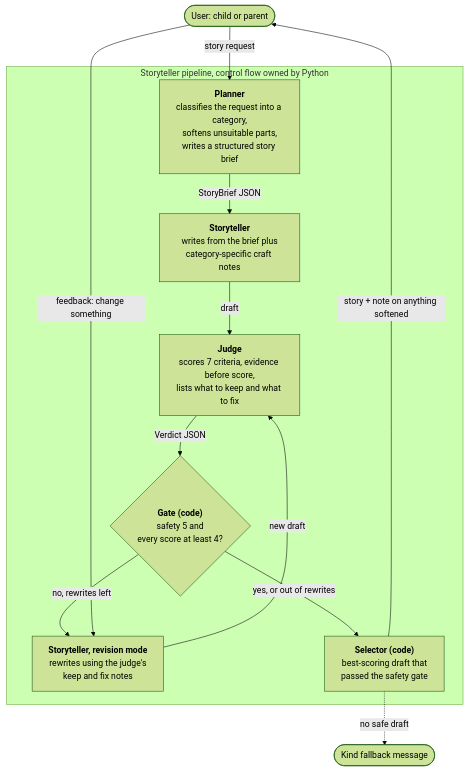
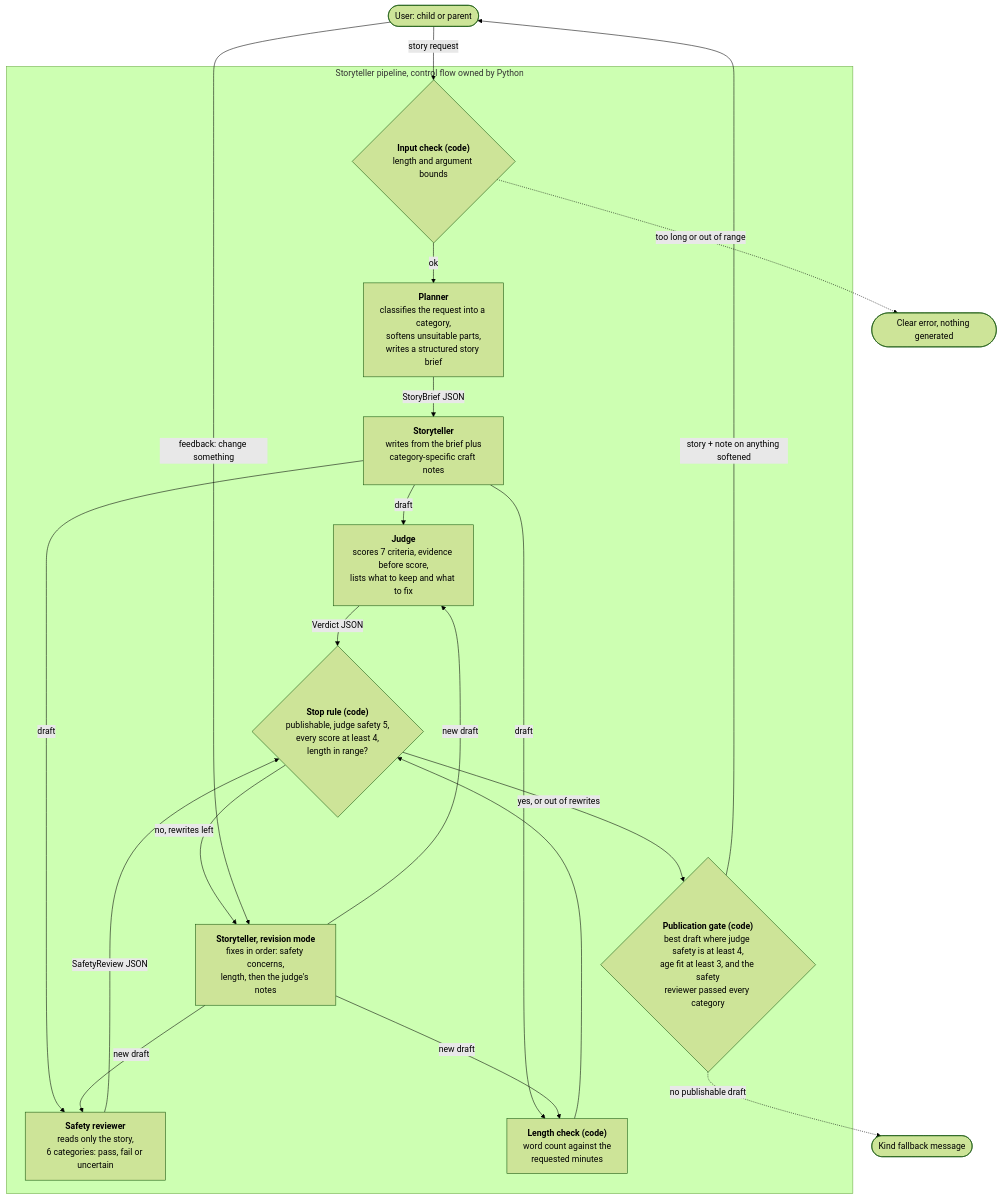
One commit to udsy19/hippocraticai-take-home changed the diagram in README.md. Above: the diagram before and after it, drawn with Mermaid (forest theme). The commit also changed other lines of this file and 14 other files, not shown here.

First line of the commit message:
Add safety reviewer, code-level checks, transactional feedback and evals

````diff
--- a/README.md
+++ b/README.md
@@ -58,24 +59,31 @@
 ```mermaid
 flowchart TD
-    U([User: child or parent]) -->|story request| P
+    U([User: child or parent]) -->|story request| V
 
     subgraph Pipeline [Storyteller pipeline, control flow owned by Python]
+        V{"<b>Input check (code)</b><br/>length and argument bounds"}
         P["<b>Planner</b><br/>classifies the request into a category,<br/>softens unsuitable parts,<br/>writes a structured story brief"]
         W["<b>Storyteller</b><br/>writes from the brief plus<br/>category-specific craft notes"]
         J["<b>Judge</b><br/>scores 7 criteria, evidence before score,<br/>lists what to keep and what to fix"]
-        G{"<b>Gate (code)</b><br/>safety 5 and<br/>every score at least 4?"}
-        R["<b>Storyteller, revision mode</b><br/>rewrites using the judge's<br/>keep and fix notes"]
-        B["<b>Selector (code)</b><br/>best-scoring draft that<br/>passed the safety gate"]
+        S["<b>Safety reviewer</b><br/>reads only the story,<br/>6 categories: pass, fail or uncertain"]
+        L["<b>Length check (code)</b><br/>word count against the<br/>requested minutes"]
+        G{"<b>Stop rule (code)</b><br/>publishable, judge safety 5,<br/>every score at least 4,<br/>length in range?"}
+        R["<b>Storyteller, revision mode</b><br/>fixes in order: safety concerns,<br/>length, then the judge's notes"]
+        B{"<b>Publication gate (code)</b><br/>best draft where judge safety is at least 4,<br/>age fit at least 3, and the safety<br/>reviewer passed every category"}
 
+        V -->|ok| P
         P -->|StoryBrief JSON| W
-        W -->|draft| J
+        W -->|draft| J & S & L
         J -->|Verdict JSON| G
+        S -->|SafetyReview JSON| G
+        L --> G
         G -->|no, rewrites left| R
-        R -->|new draft| J
+        R -->|new draft| J & S & L
         G -->|yes, or out of rewrites| B
     end
 
+    V -.->|too long or out of range| E([Clear error, nothing generated])
     B -->|story + note on anything softened| U
-    B -.->|no safe draft| S([Kind fallback message])
+    B -.->|no publishable draft| F([Kind fallback message])
     U -->|"feedback: change something"| R
 ```
````
